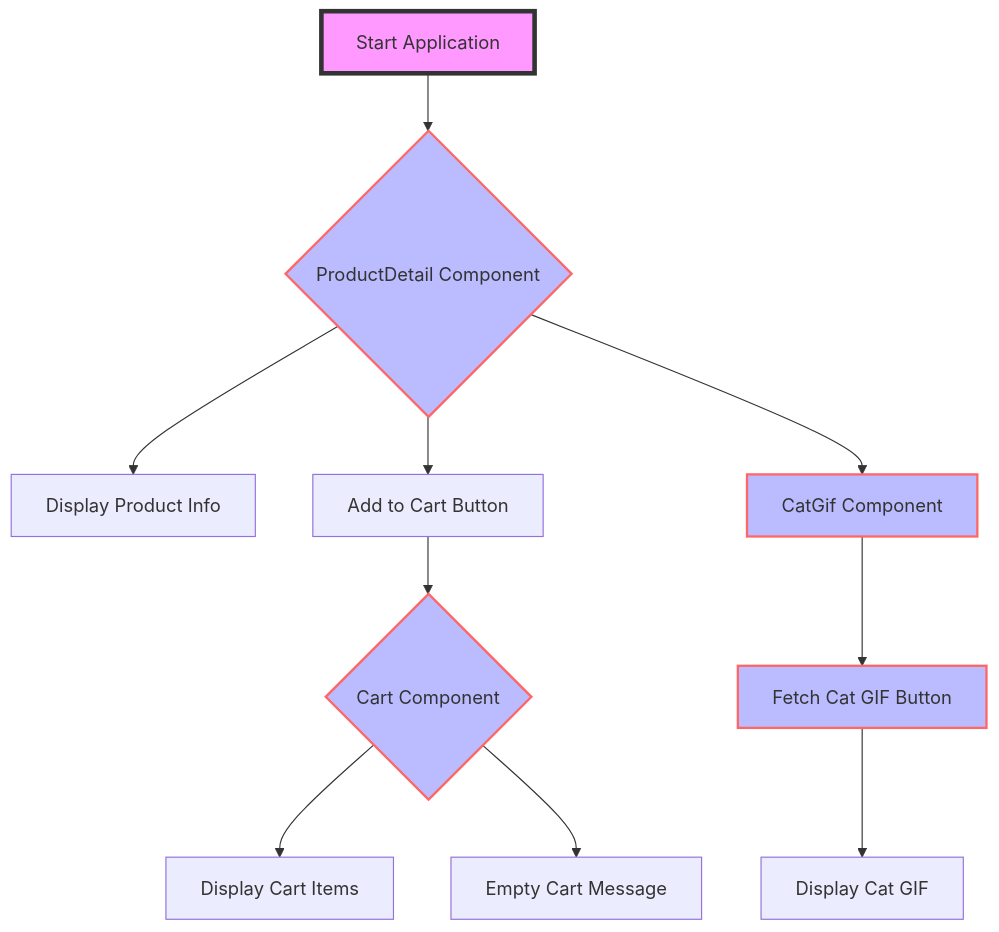
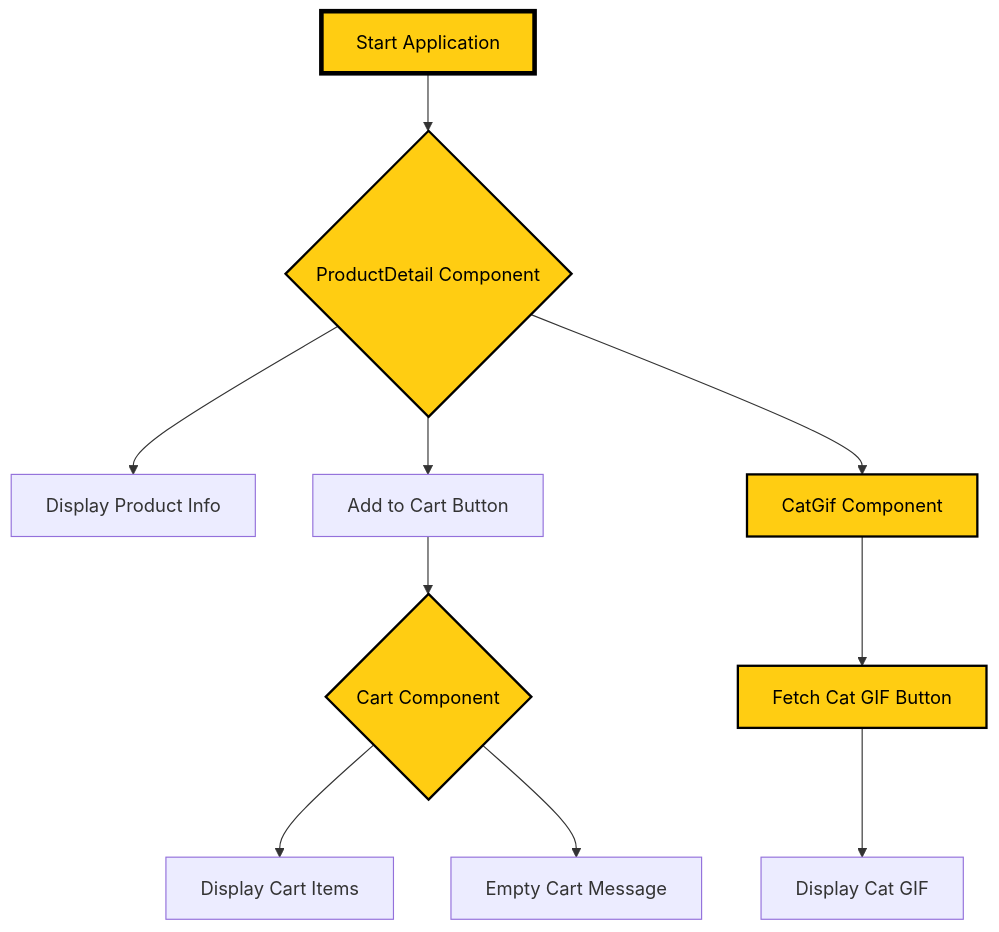
The diagram in README.md (Prescott1/Prescott1.myShoppingApp.io), drawn with Mermaid before and after one commit.

Commit message:
Update README.md
I added a style to change the text color of the flowchart.

````diff
--- a/README.md
+++ b/README.md
@@ -35,18 +35,24 @@
 ```mermaid
   flowchart TD
      A[Start Application] --> B{ProductDetail Component}
      B --> C[Display Product Info]
      B --> D[Add to Cart Button]
      D --> E{Cart Component}
      E --> F[Display Cart Items]
      E --> G[Empty Cart Message]
      B --> H[CatGif Component]
      H --> I[Fetch Cat GIF Button]
      I --> J[Display Cat GIF]
   
      style A fill:#f9f,stroke:#333,stroke-width:4px
      style B fill:#bbf,stroke:#f66,stroke-width:2px
      style E fill:#bbf,stroke:#f66,stroke-width:2px
      style H fill:#bbf,stroke:#f66,stroke-width:2px
      style I fill:#bbf,stroke:#f66,stroke-width:2px
+     style A fill:#ffcd12,stroke:#000000,stroke-width:4px,color:black
+     style B fill:#ffcd12,stroke:#000000,stroke-width:2px,color:black
+     style E fill:#ffcd12,stroke:#000000,stroke-width:2px,color:black
+     style H fill:#ffcd12,stroke:#000000,stroke-width:2px,color:black
+     style I fill:#ffcd12,stroke:#000000,stroke-width:2px,color:black
+
 ```
````
